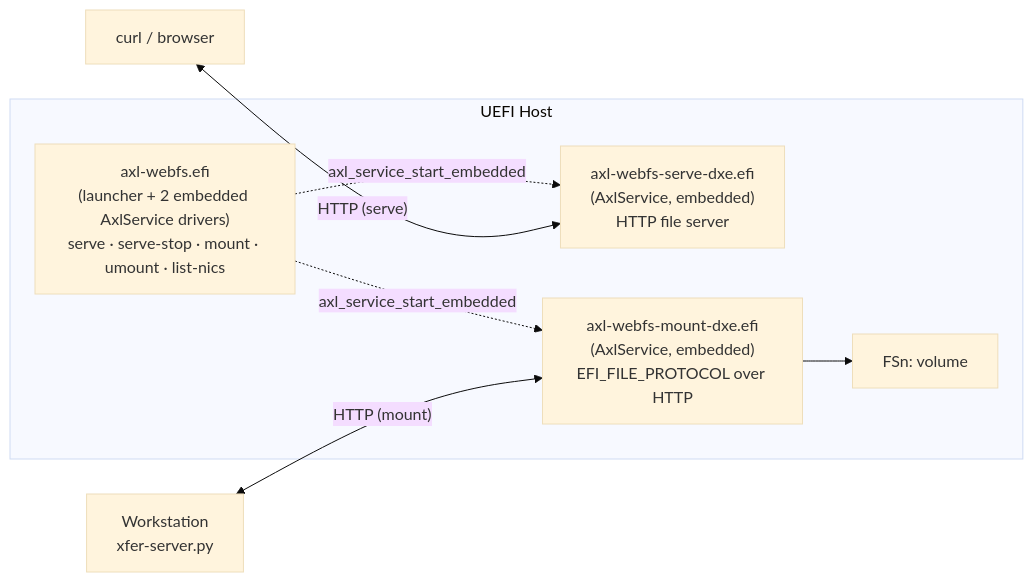
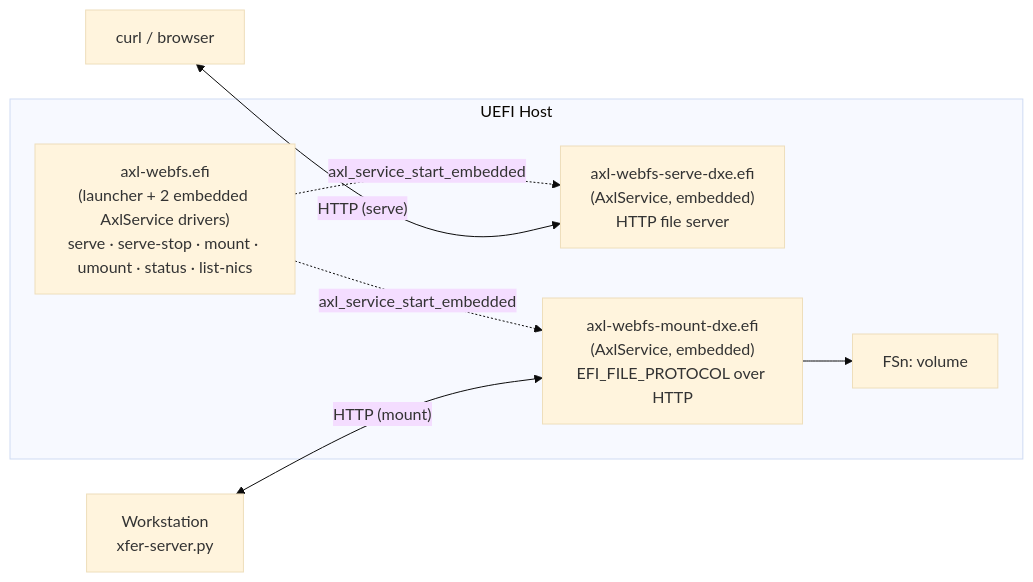
Before and after one commit to aximcode/axl-webfs: the diagram in README.md, drawn with Mermaid (base theme). The commit also changed other lines of this file and 2 other files, not shown here.

First line of the commit message:
status: show each resident service and its recent log

````diff
--- a/README.md
+++ b/README.md
@@ -177,18 +177,18 @@
 ```mermaid
 flowchart LR
     WS["Workstation<br/>xfer-server.py"]
     CURL["curl / browser"]
 
     subgraph UEFI["UEFI Host"]
-        APP["axl-webfs.efi<br/>(launcher + 2 embedded AxlService drivers)<br/>serve · serve-stop · mount · umount · list-nics"]
+        APP["axl-webfs.efi<br/>(launcher + 2 embedded AxlService drivers)<br/>serve · serve-stop · mount · umount · status · list-nics"]
         SERVE["axl-webfs-serve-dxe.efi<br/>(AxlService, embedded)<br/>HTTP file server"]
         MOUNT["axl-webfs-mount-dxe.efi<br/>(AxlService, embedded)<br/>EFI_FILE_PROTOCOL over HTTP"]
         FS["FSn: volume"]
         APP -. "axl_service_start_embedded" .-> SERVE
         APP -. "axl_service_start_embedded" .-> MOUNT
         MOUNT --> FS
     end
 
     WS <-->|"HTTP (mount)"| MOUNT
     CURL <-->|"HTTP (serve)"| SERVE
 ```
````
